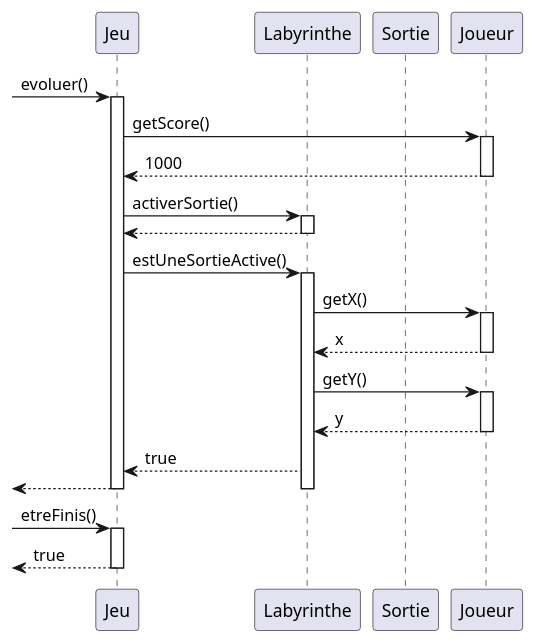
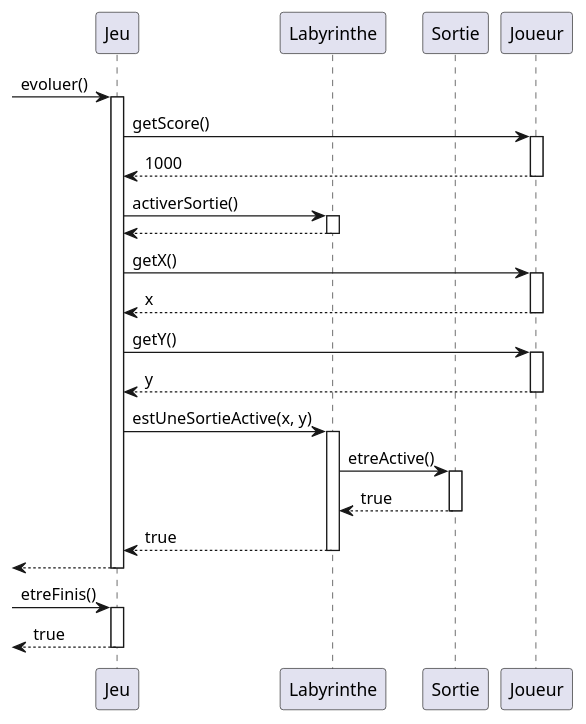
Before and after one commit to Zayd54500/2026_COO_Zeldiablo_ZB_VJ_HD_MM: the diagram in projet_zeldiablo/documents/version_4/DiagrammeSequenceScorePourGagner.puml, drawn with PlantUML.

Commit message:
Modification diagramme séquence fin de jeu avec score

```diff
--- a/projet_zeldiablo/documents/version_4/DiagrammeSequenceScorePourGagner.puml
+++ b/projet_zeldiablo/documents/version_4/DiagrammeSequenceScorePourGagner.puml
@@ -1,35 +1,40 @@
 @startuml
 participant Jeu as j
 participant Labyrinthe as l
 participant Sortie as s
 participant Joueur as pj
 -> j : evoluer()
 activate j
 j -> pj : getScore()
 activate pj
 pj --> j : 1000
 deactivate pj
 j -> l : activerSortie()
 activate l
 l --> j
 deactivate l
-j -> l : estUneSortieActive()
+j -> pj : getX()
+activate pj
+pj-->j:x
+deactivate pj
+j -> pj : getY()
+activate pj
+pj-->j:y
+deactivate pj
+j -> l : estUneSortieActive(x, y)
 activate l
-l -> pj : getX()
-activate pj
-pj --> l : x
-deactivate pj
-l -> pj : getY()
-activate pj
-pj --> l : y
-deactivate pj
+l -> s : etreActive()
+activate s
+s --> l : true
+deactivate s
 l --> j : true
+deactivate l
 <-- j
 deactivate l
 deactivate j
 -> j : etreFinis()
 activate j
 <-- j : true
 deactivate j
 
 @enduml
```
